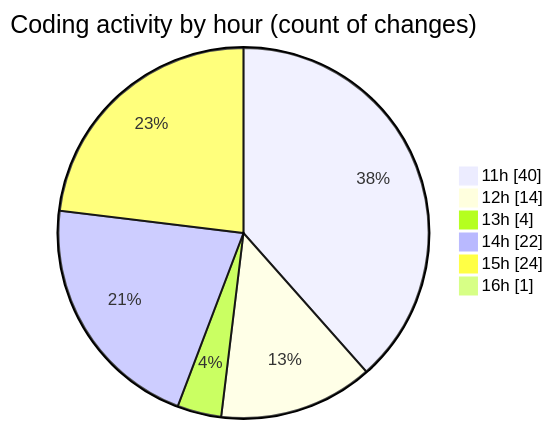
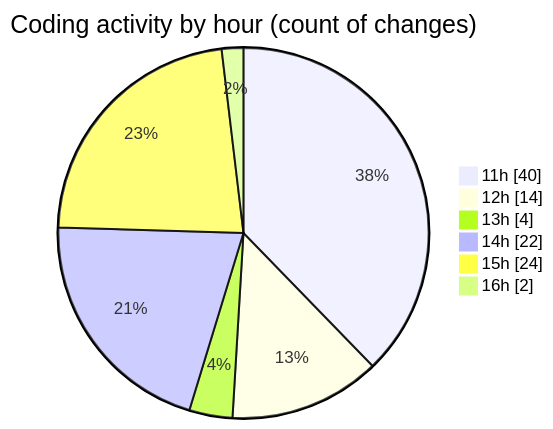
Before and after one commit to momahboobian/code-tracking: the second of 2 diagrams in 2026-03-27/cda/README.md, drawn with Mermaid. The commit also changed other lines of this file and 1 other file, not shown here.

````diff
--- a/2026-03-27/cda/README.md
+++ b/2026-03-27/cda/README.md
@@ -57,10 +58,10 @@
 ```mermaid
 pie showData
 title Coding activity by hour (count of changes)
 "11h" : 40
 "12h" : 14
 "13h" : 4
 "14h" : 22
 "15h" : 24
-"16h" : 1
+"16h" : 2
 ```
````
